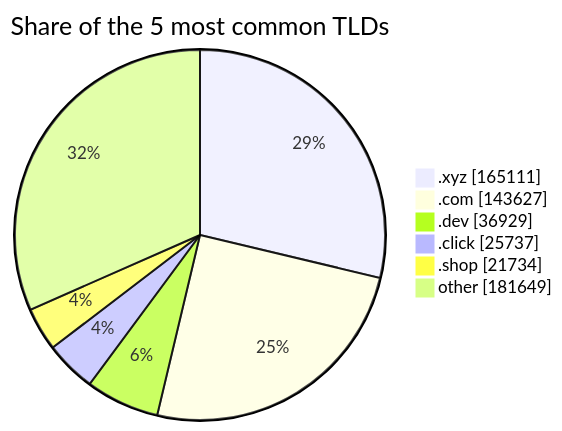
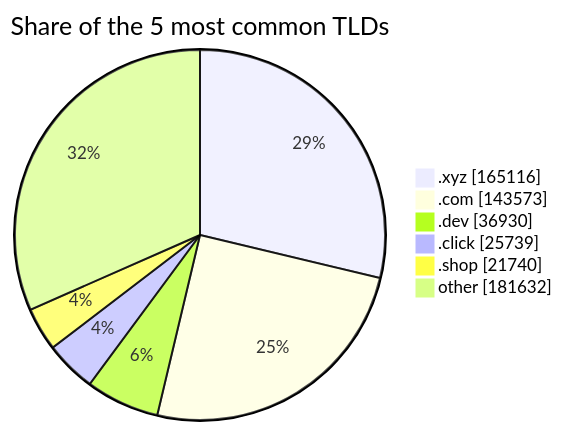
Before and after one commit to DNSBunker/CTI: the third of 3 diagrams in README.md, drawn with Mermaid. The commit also changed other lines of this file and 3 other files, not shown here.

````diff
--- a/README.md
+++ b/README.md
@@ -81,9 +81,9 @@
 ```mermaid
 pie showData title Share of the 5 most common TLDs
-    ".xyz" : 165111
-    ".com" : 143627
-    ".dev" : 36929
-    ".click" : 25737
-    ".shop" : 21734
-    "other" : 181649
+    ".xyz" : 165116
+    ".com" : 143573
+    ".dev" : 36930
+    ".click" : 25739
+    ".shop" : 21740
+    "other" : 181632
 ```
````
